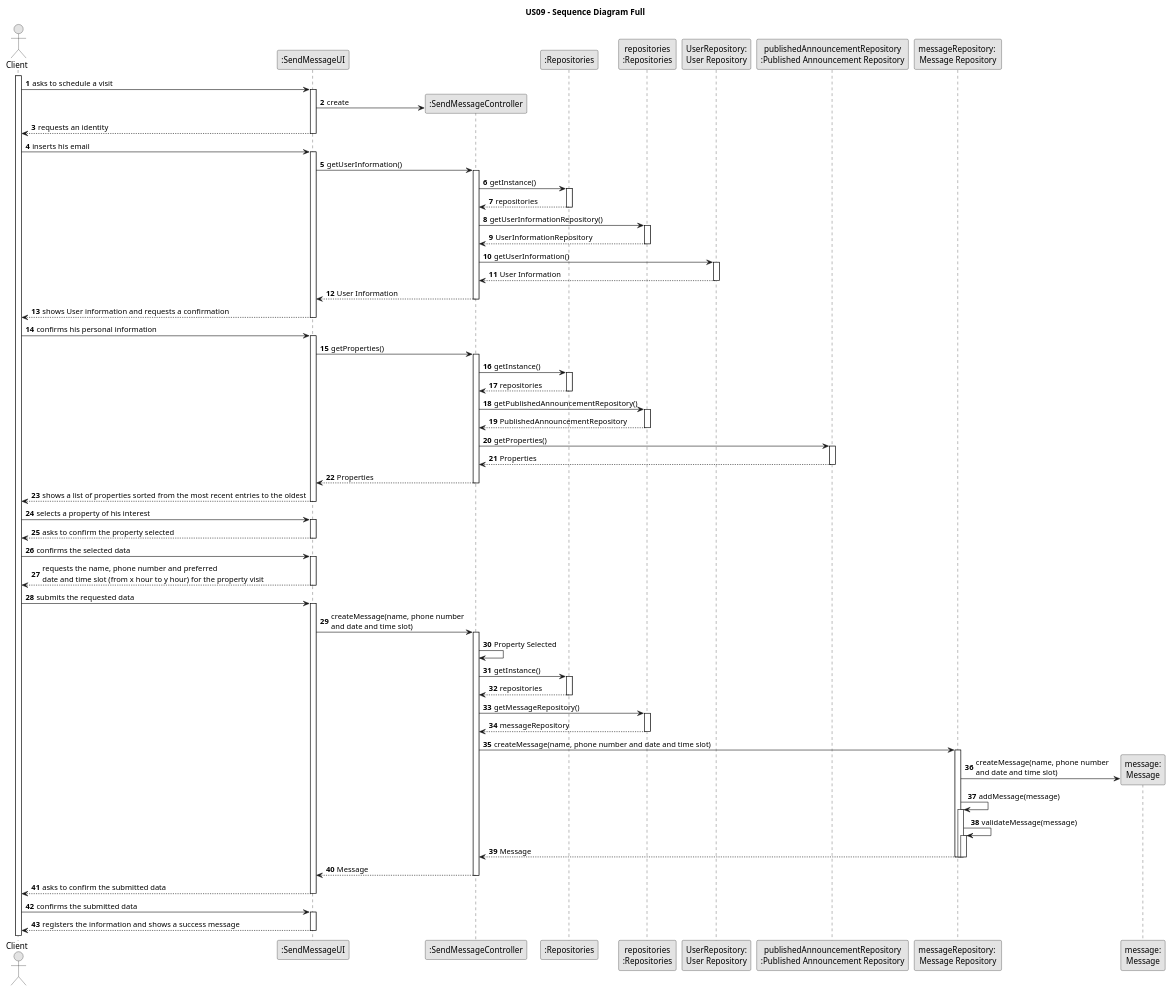
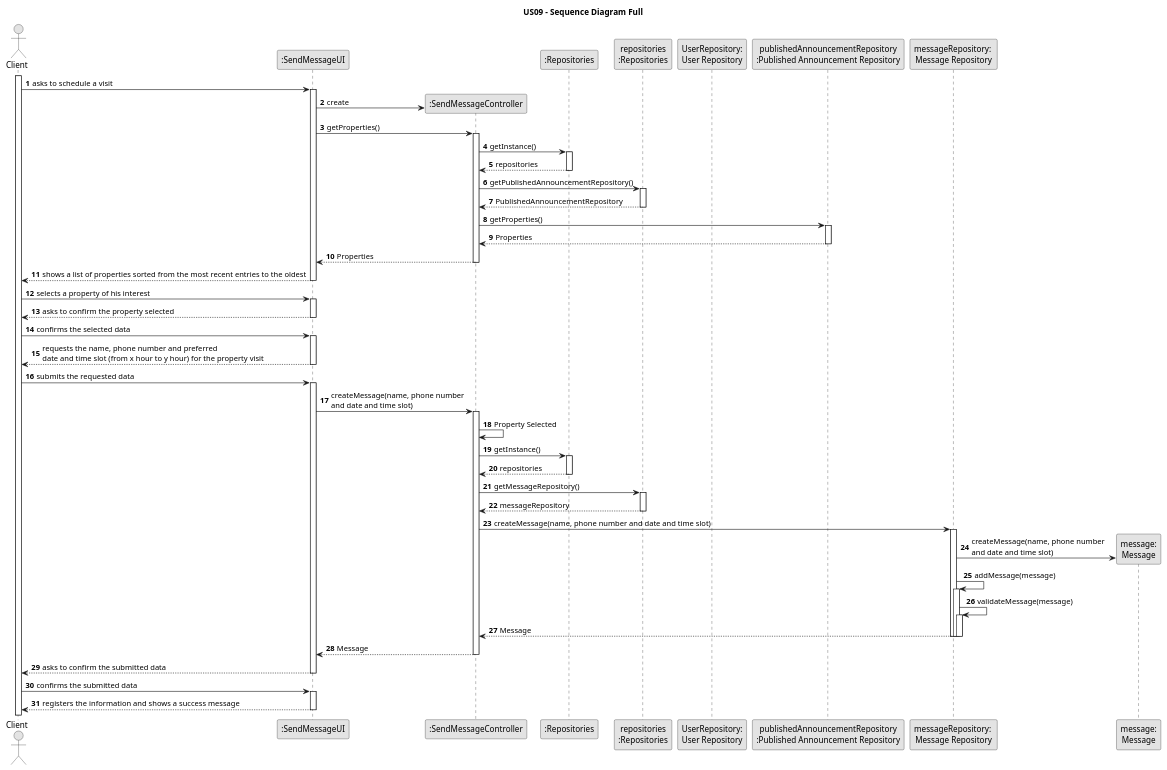
Before and after one commit to PureNimble/ISEP-LAPR2: the diagram in docs/sprintC/US09/03.design/puml/us09-sequence-diagram-full.puml, drawn with PlantUML. The commit also changed 2 other files, not shown here.

Commit message:
US 09 - Class Diagram and Domain Model Update

```diff
--- a/docs/sprintC/US09/03.design/puml/us09-sequence-diagram-full.puml
+++ b/docs/sprintC/US09/03.design/puml/us09-sequence-diagram-full.puml
@@ -1,166 +1,166 @@
 @startuml
 skinparam monochrome true
 skinparam packageStyle rectangle
 skinparam shadowing false
 
 title US09 - Sequence Diagram Full
 
 autonumber
 
 'hide footbox
 actor "Client" as Client
 participant ":SendMessageUI" as UI
 participant ":SendMessageController" as CTRL
 participant ":Repositories" as Repository
 participant "repositories\n:Repositories" as Repository2
 participant "UserRepository:\nUser Repository" as UserRepository
 participant "publishedAnnouncementRepository\n:Published Announcement Repository" as publishedAnnouncementRepository
 participant "messageRepository: \nMessage Repository" as messageRepository
 participant "message:\nMessage" as message
 
 autonumber
 
         activate Client
 
     Client -> UI: asks to schedule a visit
         activate UI
 
         UI -> CTRL** : create
-    UI --> Client : requests an identity
-        deactivate UI
-
-    Client -> UI : inserts his email
-        activate UI
-
-        UI -> CTRL : getUserInformation()
-
-            activate CTRL
-
-            CTRL -> Repository : getInstance()
-                activate Repository
-
-            Repository --> CTRL : repositories
-                deactivate Repository
-
-            CTRL -> Repository2 : getUserInformationRepository()
-                activate Repository2
-
-            Repository2 --> CTRL : UserInformationRepository
-                deactivate Repository2
-
-            CTRL -> UserRepository : getUserInformation()
-
-                activate UserRepository
-
-            UserRepository --> CTRL : User Information
-
-                deactivate UserRepository
-
-        CTRL --> UI : User Information
-
-            deactivate CTRL
-
-
-    UI --> Client : shows User information and requests a confirmation
-        deactivate UI
-
-    Client -> UI : confirms his personal information
-        activate UI
+'    UI --> Client : requests an identity
+'        deactivate UI
+'
+'    Client -> UI : inserts his email
+'        activate UI
+'
+'        UI -> CTRL : getUserInformation()
+'
+'            activate CTRL
+'
+'            CTRL -> Repository : getInstance()
+'                activate Repository
+'
+'            Repository --> CTRL : repositories
+'                deactivate Repository
+'
+'            CTRL -> Repository2 : getUserInformationRepository()
+'                activate Repository2
+'
+'            Repository2 --> CTRL : UserInformationRepository
+'                deactivate Repository2
+'
+'            CTRL -> UserRepository : getUserInformation()
+'
+'                activate UserRepository
+'
+'            UserRepository --> CTRL : User Information
+'
+'                deactivate UserRepository
+'
+'        CTRL --> UI : User Information
+'
+'            deactivate CTRL
+'
+'
+'    UI --> Client : shows User information and requests a confirmation
+'        deactivate UI
+'
+'    Client -> UI : confirms his personal information
+'        activate UI
 
         UI -> CTRL : getProperties()
             activate CTRL
 
             CTRL -> Repository : getInstance()
                 activate Repository
 
             Repository --> CTRL : repositories
                 deactivate Repository
 
             CTRL -> Repository2 : getPublishedAnnouncementRepository()
                 activate Repository2
 
             Repository2 --> CTRL : PublishedAnnouncementRepository
                 deactivate Repository2
 
             CTRL -> publishedAnnouncementRepository : getProperties()
 
                 activate publishedAnnouncementRepository
 
             publishedAnnouncementRepository --> CTRL : Properties
 
                 deactivate publishedAnnouncementRepository
 
         CTRL --> UI : Properties
 
             deactivate CTRL
 
     UI --> Client: shows a list of properties sorted from the most recent entries to the oldest
         deactivate UI
 
     Client -> UI: selects a property of his interest
         activate UI
 
     '   UI --> UI : keepPropertySelected(propertyDescription)
 
 
     UI --> Client: asks to confirm the property selected
         deactivate UI
 
     Client -> UI: confirms the selected data
         activate UI
 
     UI --> Client: requests the name, phone number and preferred \ndate and time slot (from x hour to y hour) for the property visit
         deactivate UI
 
     Client -> UI: submits the requested data
         activate UI
 
    ' UI --> UI : keepsData(name, phone number \nand date and time slot)
 
     UI -> CTRL: createMessage(name, phone number \nand date and time slot)
         activate CTRL
 
     CTRL ->CTRL: Property Selected
 
         CTRL -> Repository : getInstance()
             activate Repository
 
         Repository --> CTRL : repositories
             deactivate Repository
 
         CTRL -> Repository2 : getMessageRepository()
             activate Repository2
 
         Repository2 --> CTRL : messageRepository
             deactivate Repository2
 
             CTRL -> messageRepository : createMessage(name, phone number and date and time slot)
                 activate messageRepository
 
                 messageRepository -> message** : createMessage(name, phone number \nand date and time slot)
 
                 messageRepository -> messageRepository : addMessage(message)
                 activate messageRepository
 
                 messageRepository -> messageRepository : validateMessage(message)
                 activate messageRepository
 
                 messageRepository --> CTRL : Message
                 deactivate messageRepository
                 deactivate messageRepository
                 deactivate messageRepository
 
            CTRL --> UI : Message
            deactivate CTRL
 
     UI --> Client: asks to confirm the submitted data
         deactivate UI
 
     Client -> UI: confirms the submitted data
         activate UI
 
     UI --> Client: registers the information and shows a success message
         deactivate UI
 
 
 @enduml
```
